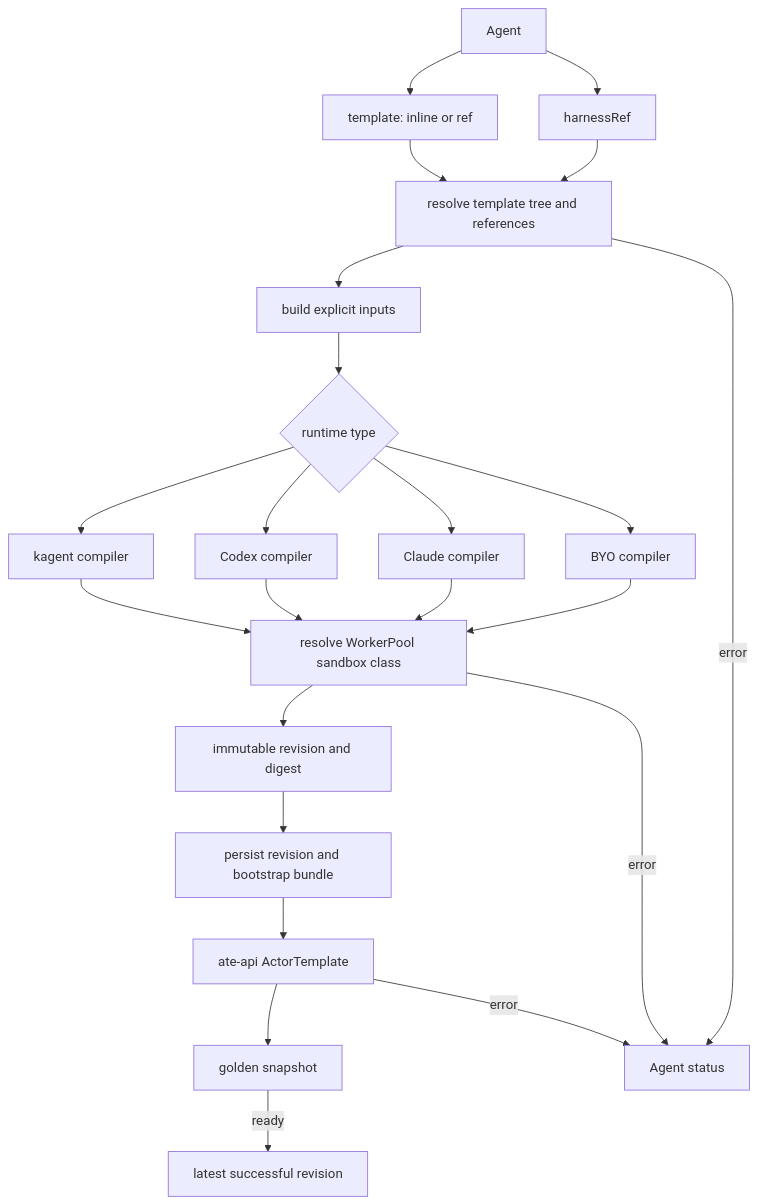
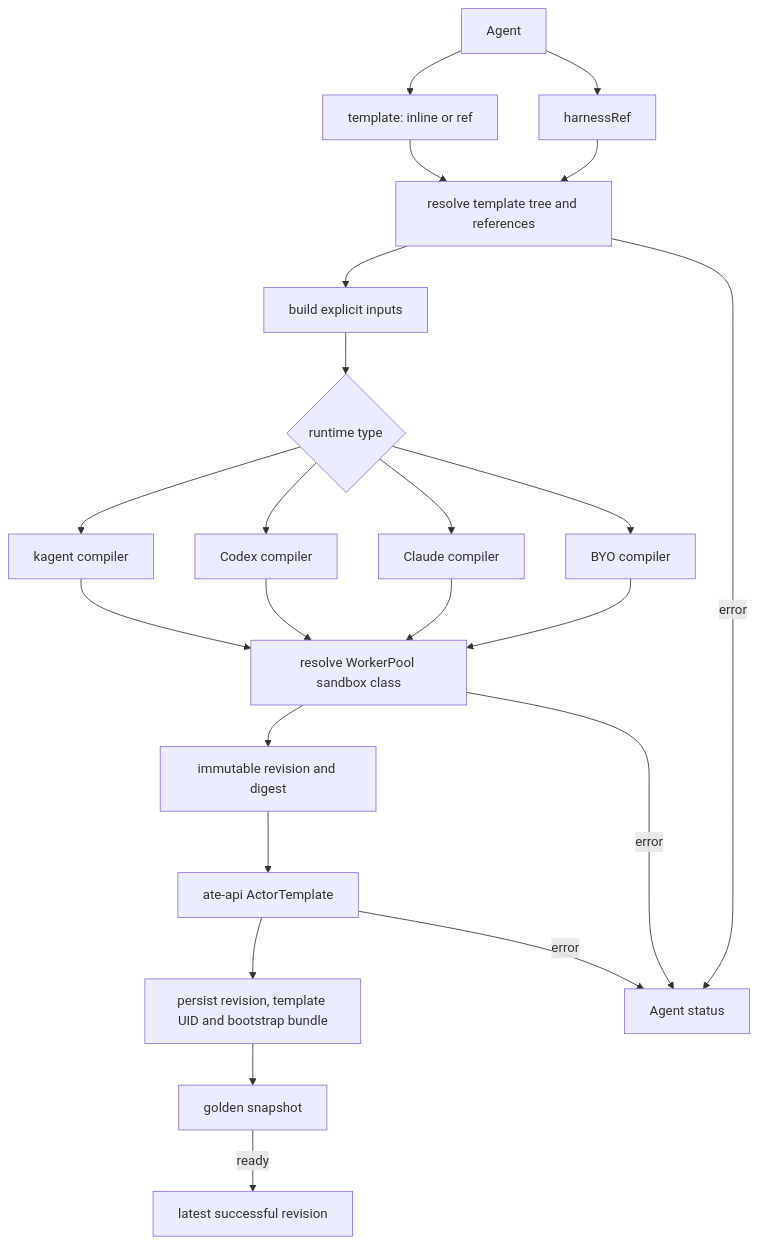
Before and after one commit to kagent-dev/kagent: the diagram in docs/architecture/configuration-and-compilation.md, drawn with Mermaid. The commit also changed other lines of this file and 13 other files, not shown here.

````diff
--- a/docs/architecture/configuration-and-compilation.md
+++ b/docs/architecture/configuration-and-compilation.md
@@ -137,25 +137,25 @@
 ```mermaid
 flowchart TD
     A[Agent] --> T[template: inline or ref]
     A --> H[harnessRef]
     T --> RESOLVE[resolve template tree and references]
     H --> RESOLVE
     RESOLVE --> INPUTS[build explicit inputs]
     INPUTS --> REGISTRY{runtime type}
     REGISTRY --> K[kagent compiler]
     REGISTRY --> X[Codex compiler]
     REGISTRY --> C[Claude compiler]
     REGISTRY --> B[BYO compiler]
     K --> POOL[resolve WorkerPool sandbox class]
     X --> POOL
     C --> POOL
     B --> POOL
     POOL --> REV[immutable revision and digest]
     POOL -->|error| STATUS
-    REV --> BUNDLE[persist revision and bootstrap bundle]
-    BUNDLE --> ATE[ate-api ActorTemplate]
-    ATE --> GOLDEN[golden snapshot]
+    REV --> ATE[ate-api ActorTemplate]
+    ATE --> BUNDLE[persist revision, template UID and bootstrap bundle]
+    BUNDLE --> GOLDEN[golden snapshot]
     GOLDEN -->|ready| LATEST[latest successful revision]
     RESOLVE -->|error| STATUS[Agent status]
     ATE -->|error| STATUS
 ```
````
